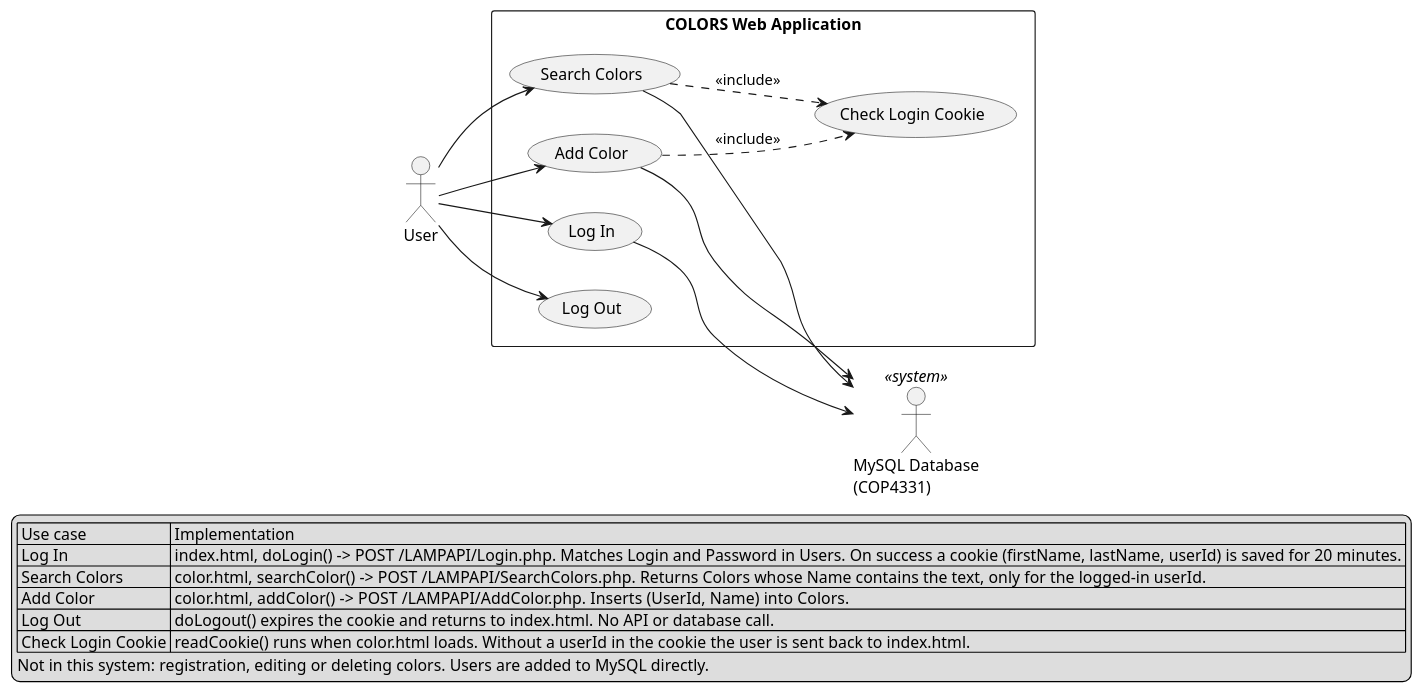
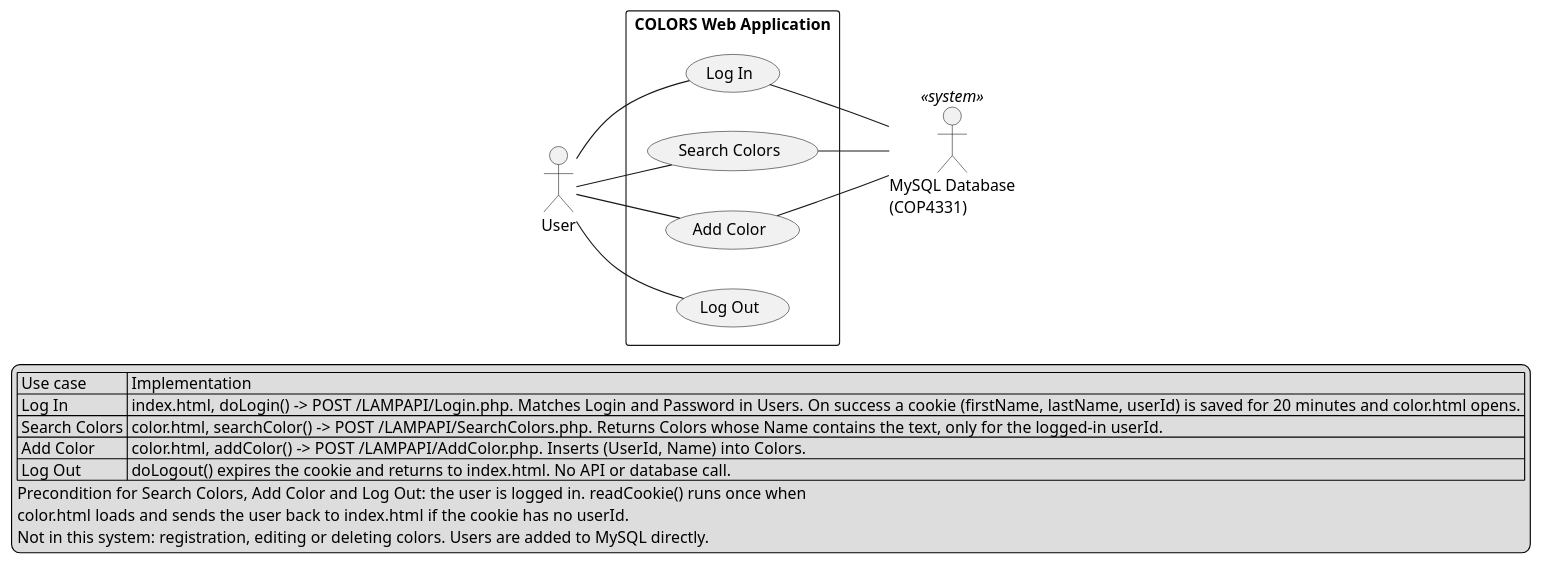
Before and after one commit to acsahl/colors-lab: the diagram in docs/uml/usecase.puml, drawn with PlantUML. The commit also changed 5 other files, not shown here.

First line of the commit message:
Fix UML diagrams after checking them against the code

```diff
--- a/docs/uml/usecase.puml
+++ b/docs/uml/usecase.puml
@@ -1,40 +1,39 @@
 @startuml usecase
 ' Use case diagram for the COLORS web application (COP 4331 LAMP lab).
 ' Based on public/js/code.js and the PHP files in api/.
 left to right direction
 skinparam packageStyle rectangle
 skinparam shadowing false
 
 actor "User" as User
 actor "MySQL Database\n(COP4331)" as DB <<system>>
 
 rectangle "COLORS Web Application" {
   usecase "Log In" as UC_Login
   usecase "Search Colors" as UC_Search
   usecase "Add Color" as UC_Add
   usecase "Log Out" as UC_Logout
-  usecase "Check Login Cookie" as UC_Cookie
 }
 
-User --> UC_Login
-User --> UC_Search
-User --> UC_Add
-User --> UC_Logout
+' Primary actor
+User -- UC_Login
+User -- UC_Search
+User -- UC_Add
+User -- UC_Logout
 
-UC_Search ..> UC_Cookie : <<include>>
-UC_Add ..> UC_Cookie : <<include>>
-
-UC_Login --> DB
-UC_Search --> DB
-UC_Add --> DB
+' Secondary actor: only the use cases that call a PHP endpoint touch MySQL
+UC_Login -- DB
+UC_Search -- DB
+UC_Add -- DB
 
 legend bottom
   | Use case | Implementation |
-  | Log In | index.html, doLogin() -> POST /LAMPAPI/Login.php. Matches Login and Password in Users. On success a cookie (firstName, lastName, userId) is saved for 20 minutes. |
+  | Log In | index.html, doLogin() -> POST /LAMPAPI/Login.php. Matches Login and Password in Users. On success a cookie (firstName, lastName, userId) is saved for 20 minutes and color.html opens. |
   | Search Colors | color.html, searchColor() -> POST /LAMPAPI/SearchColors.php. Returns Colors whose Name contains the text, only for the logged-in userId. |
   | Add Color | color.html, addColor() -> POST /LAMPAPI/AddColor.php. Inserts (UserId, Name) into Colors. |
   | Log Out | doLogout() expires the cookie and returns to index.html. No API or database call. |
-  | Check Login Cookie | readCookie() runs when color.html loads. Without a userId in the cookie the user is sent back to index.html. |
+  Precondition for Search Colors, Add Color and Log Out: the user is logged in. readCookie() runs once when
+  color.html loads and sends the user back to index.html if the cookie has no userId.
   Not in this system: registration, editing or deleting colors. Users are added to MySQL directly.
 endlegend
 @enduml
```
